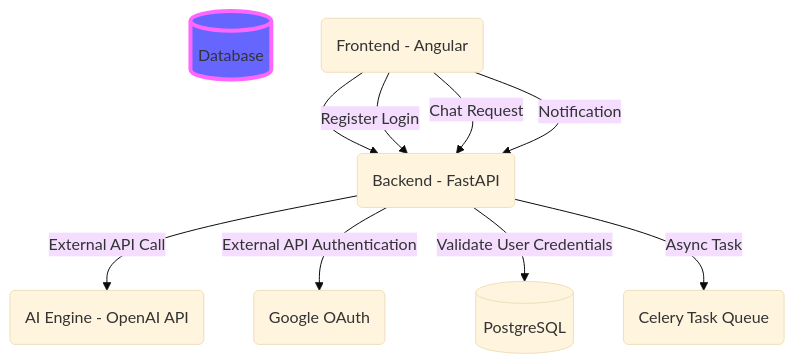
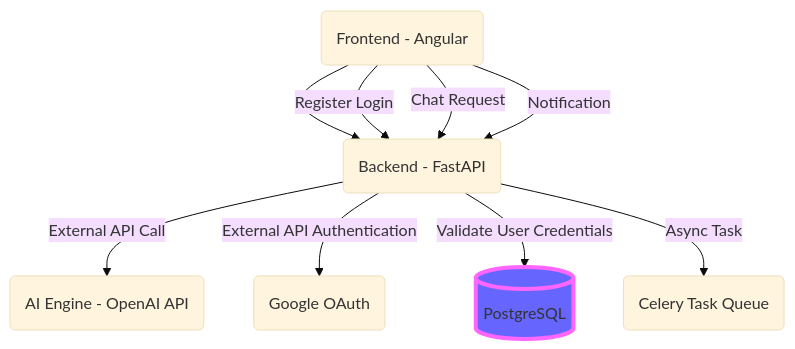
Before and after one commit to Joy-Ese/JayBank-Support-App: the diagram in mermaid.md, drawn with Mermaid (base theme).

````diff
--- a/mermaid.md
+++ b/mermaid.md
@@ -2,15 +2,13 @@
 ``` mermaid
 flowchart TD;
-    id1[(Database)]
-    
     FE("Frontend - Angular") --> BE("Backend - FastAPI")
     BE -->|External API Call| AI("AI Engine - OpenAI API")
     BE -->|External API Authentication| JWT("Google OAuth")
     FE -->|Register Login| BE
     FE -->|Chat Request| BE
     FE -->|Notification| BE
     BE -->|Validate User Credentials| Database[(PostgreSQL)]
     BE -->|Async Task| Queue("Celery Task Queue")
 
-    style id1 fill:#66f,stroke:#f6f,stroke-width:4px
+    style Database fill:#66f,stroke:#f6f,stroke-width:4px
 ```
````
